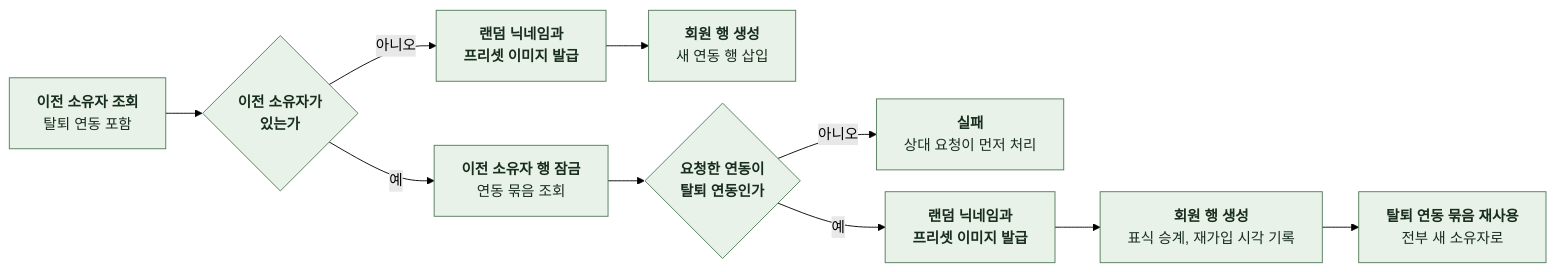
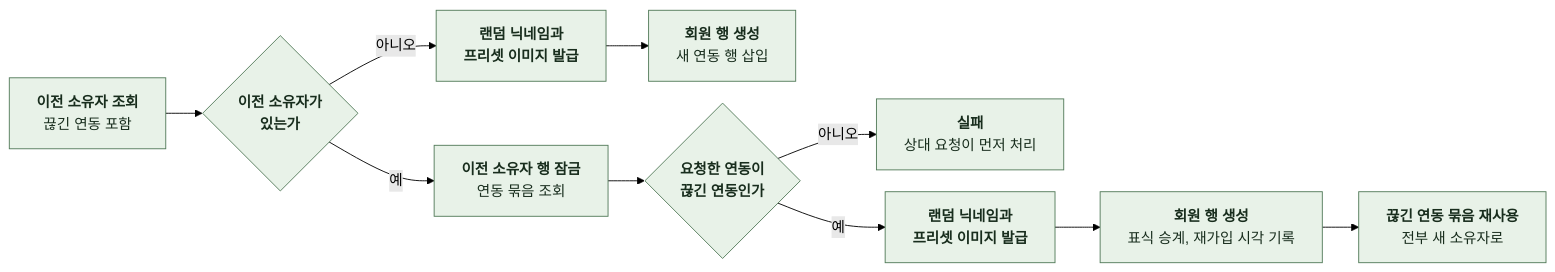
Before and after one commit to KIM-N-KANG/knk-harness: the fifth of 16 diagrams in docs/domain/ACCOUNT/BACKEND/4-1-PIPELINES.md, drawn with Mermaid (forest theme). The commit also changed other lines of this file and 13 other files, not shown here.

````diff
--- a/docs/domain/ACCOUNT/BACKEND/4-1-PIPELINES.md
+++ b/docs/domain/ACCOUNT/BACKEND/4-1-PIPELINES.md
@@ -168,26 +168,26 @@
 ```mermaid
 %%{init: {"flowchart": {"curve": "basis", "nodeSpacing": 24, "rankSpacing": 40}}}%%
 flowchart LR
     A["`**이전 소유자 조회**
-탈퇴 연동 포함`"] --> B{"`**이전 소유자가
+끊긴 연동 포함`"] --> B{"`**이전 소유자가
 있는가**`"}
     B -->|아니오| C["`**랜덤 닉네임과
 프리셋 이미지 발급**`"]
     C --> D["`**회원 행 생성**
 새 연동 행 삽입`"]
     B -->|예| E["`**이전 소유자 행 잠금**
 연동 묶음 조회`"]
     E --> F{"`**요청한 연동이
-탈퇴 연동인가**`"}
+끊긴 연동인가**`"}
     F -->|아니오| G["`**실패**
 상대 요청이 먼저 처리`"]
     F -->|예| H["`**랜덤 닉네임과
 프리셋 이미지 발급**`"]
     H --> I["`**회원 행 생성**
 표식 승계, 재가입 시각 기록`"]
-    I --> J["`**탈퇴 연동 묶음 재사용**
+    I --> J["`**끊긴 연동 묶음 재사용**
 전부 새 소유자로`"]
     classDef comp fill:#E8F2E8,stroke:#527A59,color:#182D1D
     classDef task fill:#F5D9C9,stroke:#B97450,color:#452B1D
     class A,B,C,D,E,F,G,H,I,J comp
 ```
````
